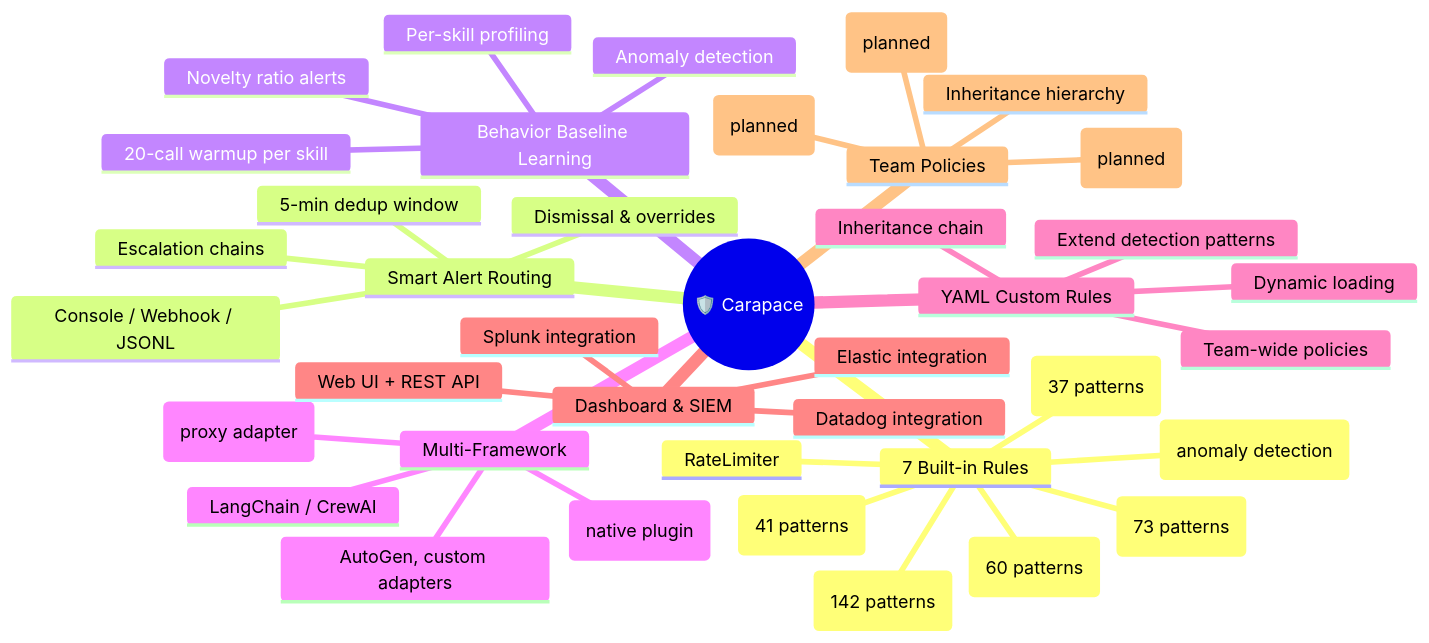
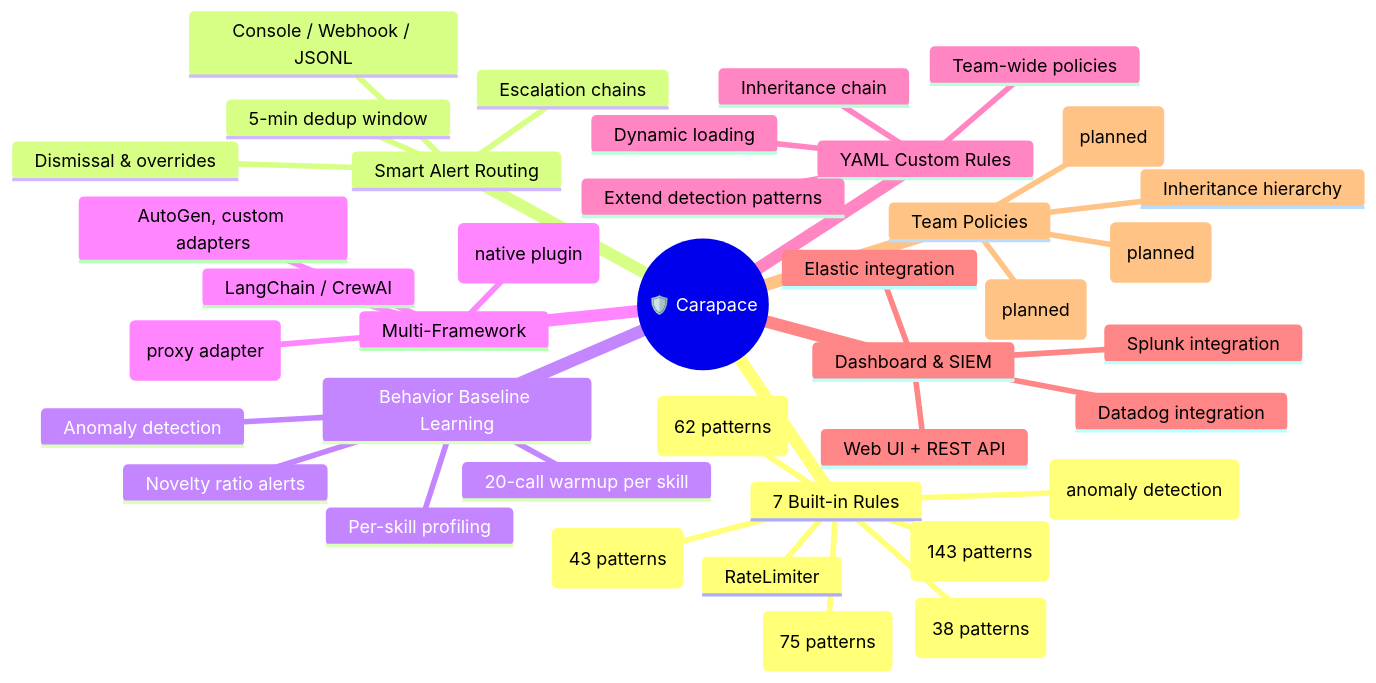
The first of 4 diagrams in README.md (yeasy/carapace), drawn with Mermaid before and after one commit. The commit also changed other lines of this file and 4 other files, not shown here.

````diff
--- a/README.md
+++ b/README.md
@@ -70,42 +70,42 @@
 ```mermaid
 mindmap
   root((🛡️ Carapace))
     7 Built-in Rules
-      ExecGuard (142 patterns)
-      PathGuard (73 patterns)
-      NetworkGuard (41 patterns)
+      ExecGuard (143 patterns)
+      PathGuard (75 patterns)
+      NetworkGuard (43 patterns)
       RateLimiter
-      PromptInjection (37 patterns)
-      DataExfil (60 patterns)
+      PromptInjection (38 patterns)
+      DataExfil (62 patterns)
       BaselineDrift (anomaly detection)
     Smart Alert Routing
       5-min dedup window
       Escalation chains
       Dismissal & overrides
       Console / Webhook / JSONL
     Behavior Baseline Learning
       20-call warmup per skill
       Per-skill profiling
       Anomaly detection
       Novelty ratio alerts
     Multi-Framework
       OpenClaw (native plugin)
       MCP (proxy adapter)
       LangChain / CrewAI
       AutoGen, custom adapters
     YAML Custom Rules
       Extend detection patterns
       Team-wide policies
       Inheritance chain
       Dynamic loading
     Dashboard & SIEM
       Web UI + REST API
       Splunk integration
       Elastic integration
       Datadog integration
     Team Policies
       Inheritance hierarchy
       Role-based access (planned)
       Policy versioning (planned)
       Audit logging (planned)
 ```
````
